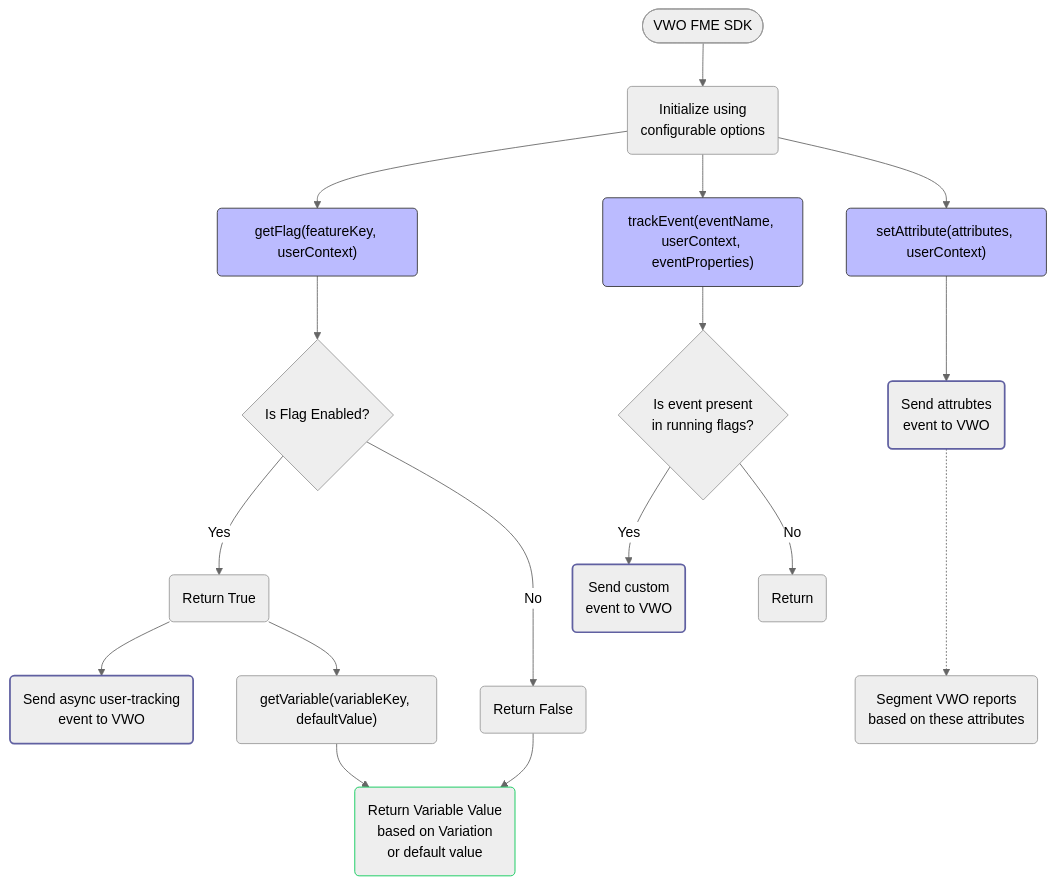
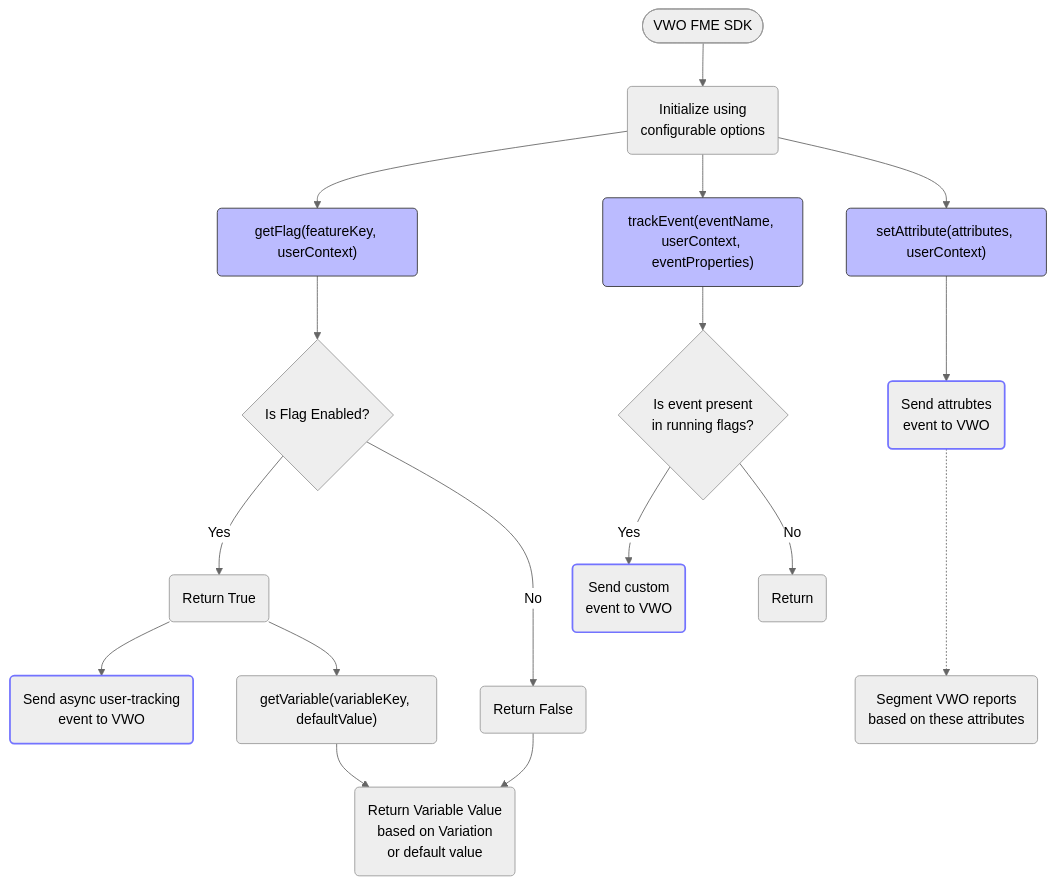
Before and after one commit to wingify/readme-central: the diagram in docs/SDK Reference/fme-sdks-working.md, drawn with Mermaid (neutral theme).

Commit message:
Update doc `fme-sdks-working`

````diff
--- a/docs/SDK Reference/fme-sdks-working.md
+++ b/docs/SDK Reference/fme-sdks-working.md
@@ -8,42 +8,40 @@
 ```mermaid
 flowchart TD
     A0(["VWO FME SDK"]) --> A("Initialize using<br/>configurable options")
     A --> Y("getFlag(featureKey, userContext)")
     A --> X("trackEvent(eventName, userContext, eventProperties)")
     A --> Z("setAttribute(attributes, userContext)")
 
     %% getFlag & getVariable Flow
     Y --> Y1{"Is Flag Enabled?"}
     Y1 -- Yes --> Y2("Return True")
     Y1 -- No --> Y4("Return False")
     Y2 --> Y22("Send async user-tracking<br/>event to VWO")
     Y2 --> Y3("getVariable(variableKey, defaultValue)")
     Y3 --> Y5("Return Variable Value<br/>based on Variation<br/>or default value")
     Y4 --> Y5
 
     %% trackEvent Flow
     X --> X1{"Is event present<br/>in running flags?"}
     X1 -- Yes --> X2("Send custom<br/>event to VWO")
     X1 -- No --> X3("Return")
 
     %% setAttribute Flow
     Z --> Z1("Send attrubtes<br/>event to VWO")
     Z1 ..-> Z2("Segment VWO reports<br/>based on these attributes")
 
     %% Assign classes
     class Y getFlag
     class X trackEvent
     class Z setAttribute
 
     %% Define styles
     classDef getFlag fill:#bbf,stroke:#333,stroke-width:1px,color:#000
     classDef trackEvent fill:#bbf,stroke:#333,stroke-width:1px,color:#000
     classDef setAttribute fill:#bbf,stroke:#333,stroke-width:1px,color:#000
-    
-    style Y5 stroke:#00C853
 
-    style X2 stroke:#6060a1,stroke-width:2px
-    style Y22 stroke:#6060a1,stroke-width:2px
-    style Z1 stroke:#6060a1,stroke-width:2px
+    style X2 stroke:#7373ff,stroke-width:2px
+    style Y22 stroke:#7373ff,stroke-width:2px
+    style Z1 stroke:#7373ff,stroke-width:2px
 
 ```
````
